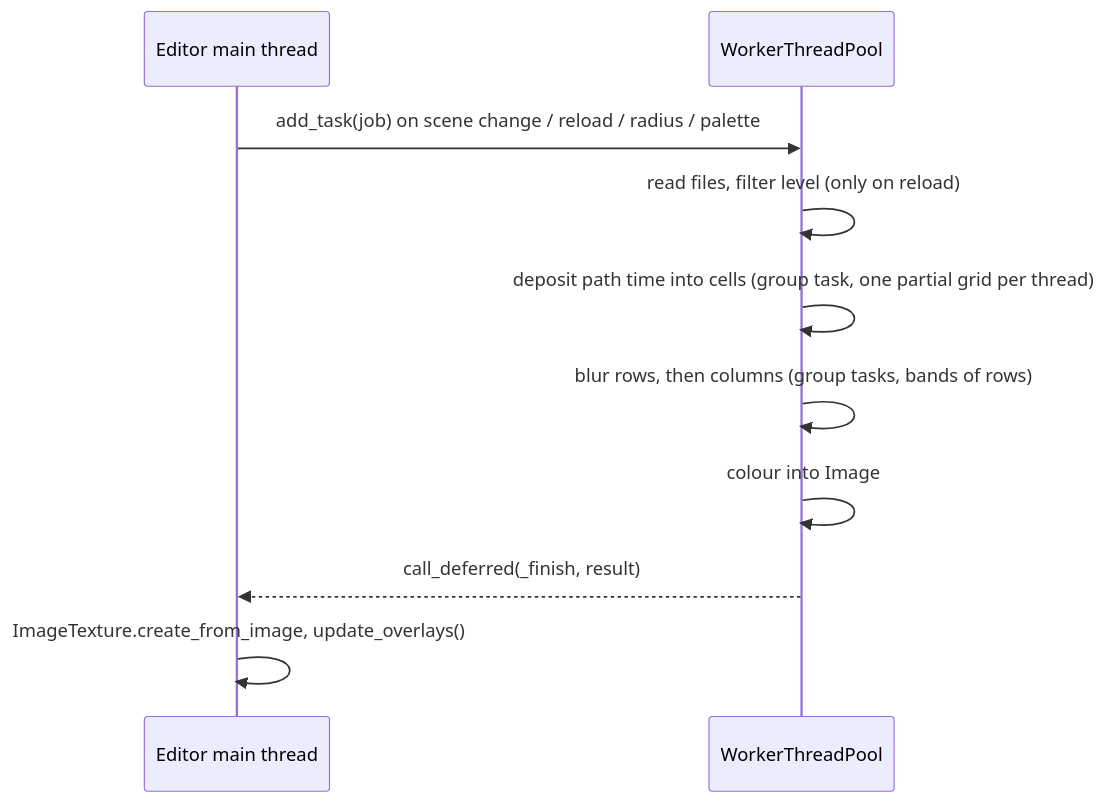
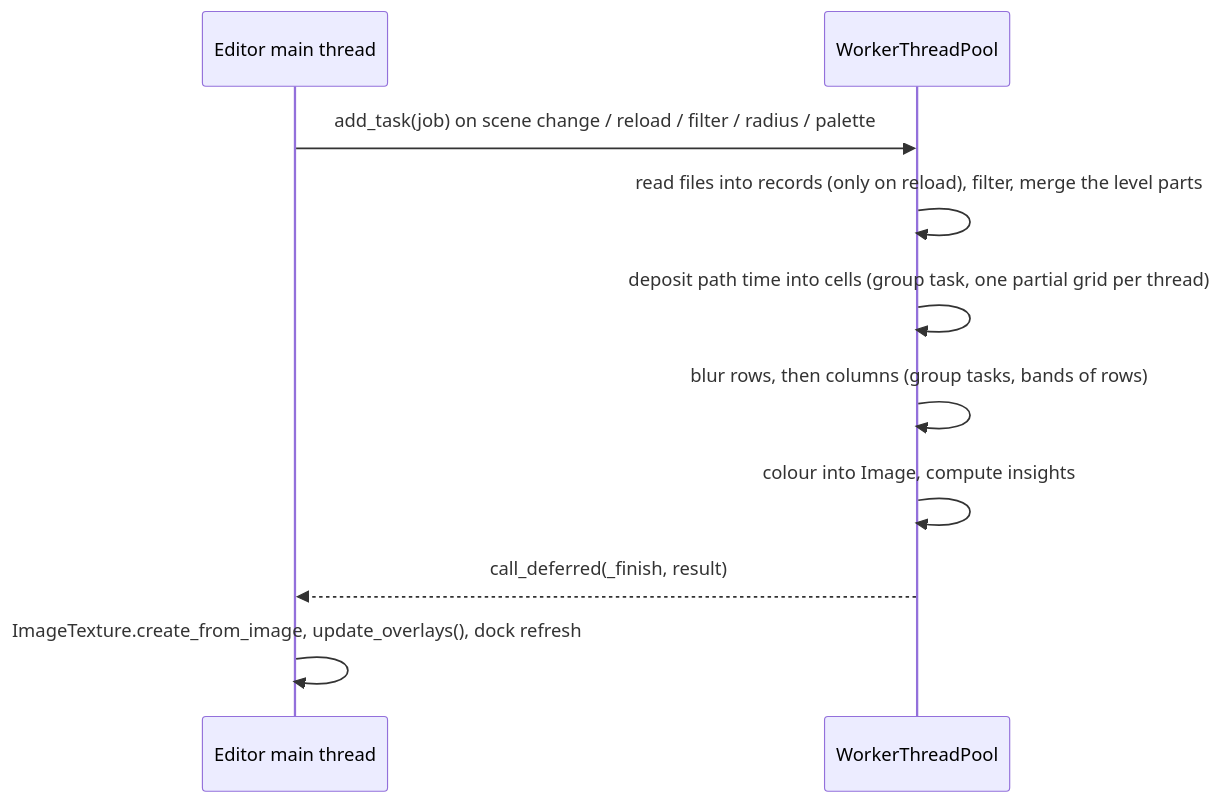
The second of 2 diagrams in docs/ARCHITECTURE.md (droidek314/playtrace), drawn with Mermaid before and after one commit. The commit also changed other lines of this file and 2 other files, not shown here.

First line of the commit message:
Docs for M4: USER_GUIDE, hotspot ranking and clustering, editor architecture

````diff
--- a/docs/ARCHITECTURE.md
+++ b/docs/ARCHITECTURE.md
@@ -51,12 +59,12 @@
 ```mermaid
 sequenceDiagram
   participant Main as Editor main thread
   participant Pool as WorkerThreadPool
-  Main->>Pool: add_task(job) on scene change / reload / radius / palette
-  Pool->>Pool: read files, filter level (only on reload)
+  Main->>Pool: add_task(job) on scene change / reload / filter / radius / palette
+  Pool->>Pool: read files into records (only on reload), filter, merge the level parts
   Pool->>Pool: deposit path time into cells (group task, one partial grid per thread)
   Pool->>Pool: blur rows, then columns (group tasks, bands of rows)
-  Pool->>Pool: colour into Image
+  Pool->>Pool: colour into Image, compute insights
   Pool-->>Main: call_deferred(_finish, result)
-  Main->>Main: ImageTexture.create_from_image, update_overlays()
+  Main->>Main: ImageTexture.create_from_image, update_overlays(), dock refresh
 ```
````
